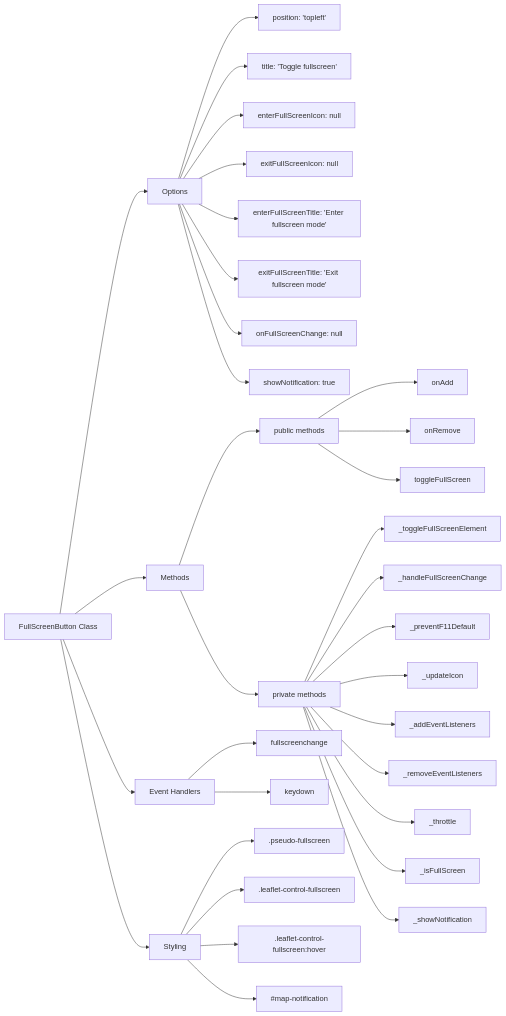
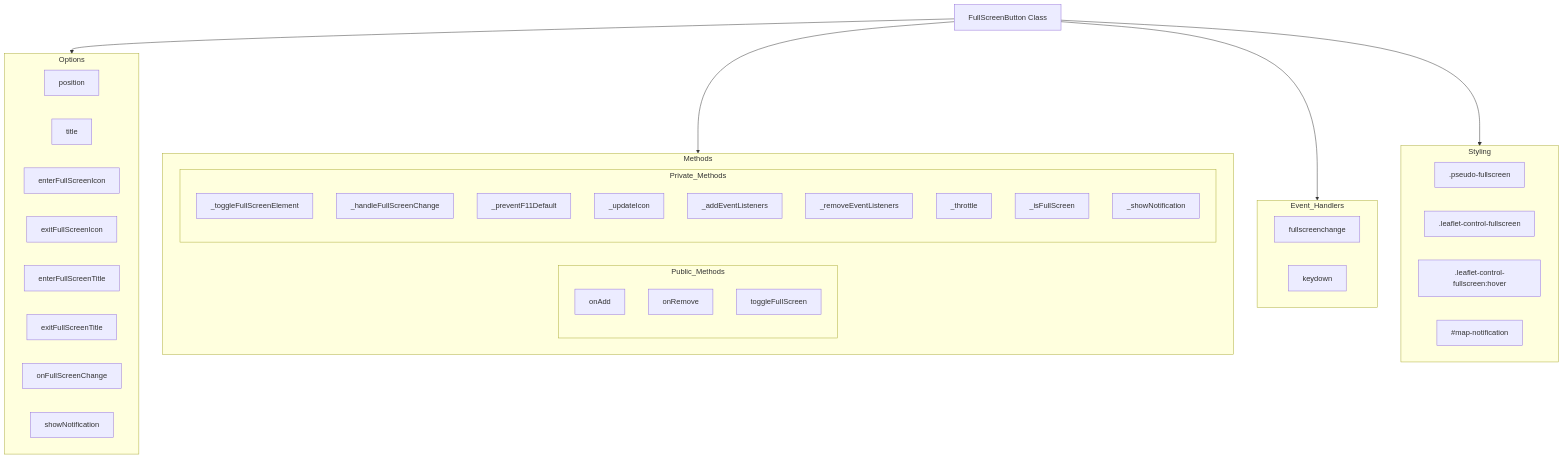
Before and after one commit to sergeiown/Leaflet_FullScreen_Button: the diagram in readme.md, drawn with Mermaid. The commit also changed other lines of this file, not shown here.

````diff
--- a/readme.md
+++ b/readme.md
@@ -20,40 +22,52 @@
 ```mermaid
-graph LR;
-    A[FullScreenButton Class] --> B[Options]
-    A --> C[Methods]
-    A --> D[Event Handlers]
-    A --> E[Styling]
+graph TB;
+    A[FullScreenButton Class] 
 
-    B --> B1[position: 'topleft']
-    B --> B2[title: 'Toggle fullscreen']
-    B --> B3[enterFullScreenIcon: null]
-    B --> B4[exitFullScreenIcon: null]
-    B --> B5[enterFullScreenTitle: 'Enter fullscreen mode']
-    B --> B6[exitFullScreenTitle: 'Exit fullscreen mode']
-    B --> B7[onFullScreenChange: null]
-    B --> B8[showNotification: true]
+    subgraph Options
+        B1[position]
+        B2[title]
+        B3[enterFullScreenIcon]
+        B4[exitFullScreenIcon]
+        B5[enterFullScreenTitle]
+        B6[exitFullScreenTitle]
+        B7[onFullScreenChange]
+        B8[showNotification]
+    end
 
-    C --> C1[public methods]
-    C1 --> C2[onAdd]
-    C1 --> C3[onRemove]
-    C1 --> C4[toggleFullScreen]
+    subgraph Methods
+        subgraph Public_Methods
+            C1[onAdd]
+            C2[onRemove]
+            C3[toggleFullScreen]
+        end
 
-    C --> C5[private methods]
-    C5 --> C6[_toggleFullScreenElement]
-    C5 --> C7[_handleFullScreenChange]
-    C5 --> C8[_preventF11Default]
-    C5 --> C9[_updateIcon]
-    C5 --> C10[_addEventListeners]
-    C5 --> C11[_removeEventListeners]
-    C5 --> C12[_throttle]
-    C5 --> C13[_isFullScreen]
-    C5 --> C14[_showNotification]
+        subgraph Private_Methods
+            C4[_toggleFullScreenElement]
+            C5[_handleFullScreenChange]
+            C6[_preventF11Default]
+            C7[_updateIcon]
+            C8[_addEventListeners]
+            C9[_removeEventListeners]
+            C10[_throttle]
+            C11[_isFullScreen]
+            C12[_showNotification]
+        end
+    end
 
-    D --> D1[fullscreenchange]
-    D --> D2[keydown]
+    subgraph Event_Handlers
+        D1[fullscreenchange]
+        D2[keydown]
+    end
 
-    E --> E1[.pseudo-fullscreen]
-    E --> E2[.leaflet-control-fullscreen]
-    E --> E3[.leaflet-control-fullscreen:hover]
-    E --> E4[#map-notification]
+    subgraph Styling
+        E1[.pseudo-fullscreen]
+        E2[.leaflet-control-fullscreen]
+        E3[.leaflet-control-fullscreen:hover]
+        E4[#map-notification]
+    end
+
+    A --> Options
+    A --> Methods
+    A --> Event_Handlers
+    A --> Styling
 ```
````
